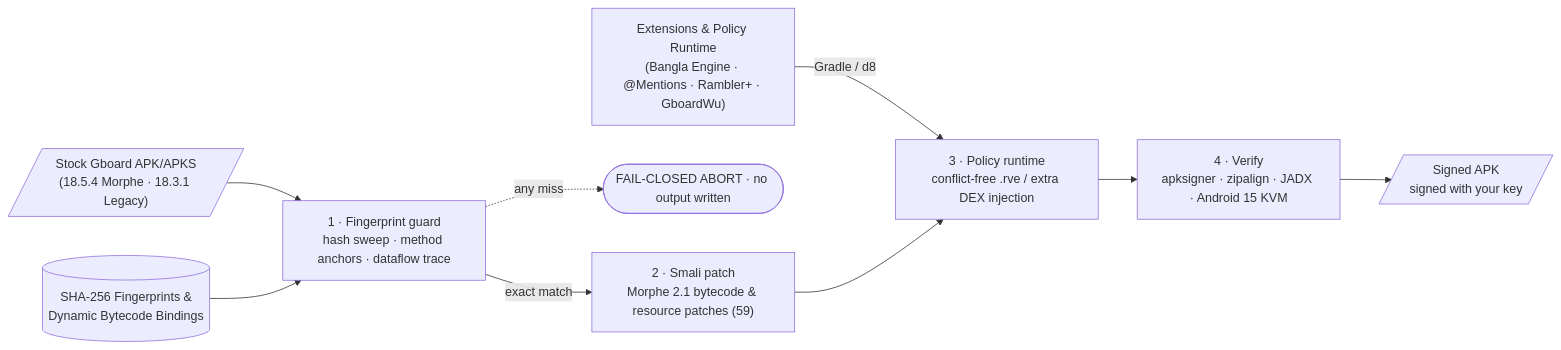
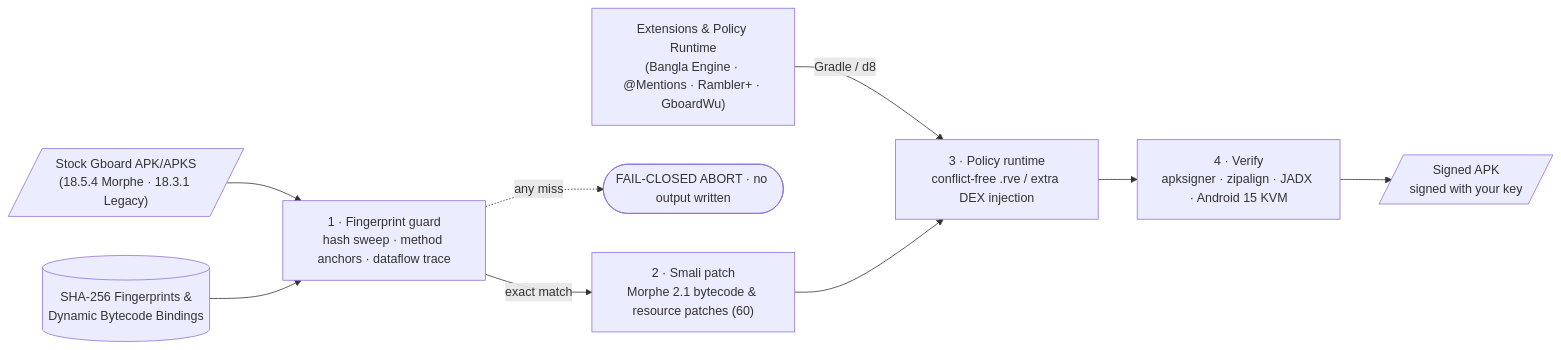
Before and after one commit to muhib-karim/Rambler-Bangla: the diagram in README.md, drawn with Mermaid. The commit also changed other lines of this file and 20 other files, not shown here.

````diff
--- a/README.md
+++ b/README.md
@@ -282,12 +289,12 @@
 ```mermaid
 flowchart LR
     APK[/"Stock Gboard APK/APKS<br/>(18.5.4 Morphe · 18.3.1 Legacy)"/] --> G
     PROF[("SHA-256 Fingerprints &amp;<br/>Dynamic Bytecode Bindings")] --> G
     G["1 · Fingerprint guard<br/>hash sweep · method anchors · dataflow trace"]
-    G -->|exact match| P["2 · Smali patch<br/>Morphe 2.1 bytecode &amp; resource patches (59)"]
+    G -->|exact match| P["2 · Smali patch<br/>Morphe 2.1 bytecode &amp; resource patches (60)"]
     G -. any miss .-> STOP(["FAIL-CLOSED ABORT · no output written"])
     JAVA["Extensions &amp; Policy Runtime<br/>(Bangla Engine · @Mentions · Rambler+ · GboardWu)"] -->|Gradle / d8| R
     P --> R["3 · Policy runtime<br/>conflict-free .rve / extra DEX injection"]
     R --> V["4 · Verify<br/>apksigner · zipalign · JADX · Android 15 KVM"]
     V --> OUT[/"Signed APK<br/>signed with your key"/]
 ```
````
